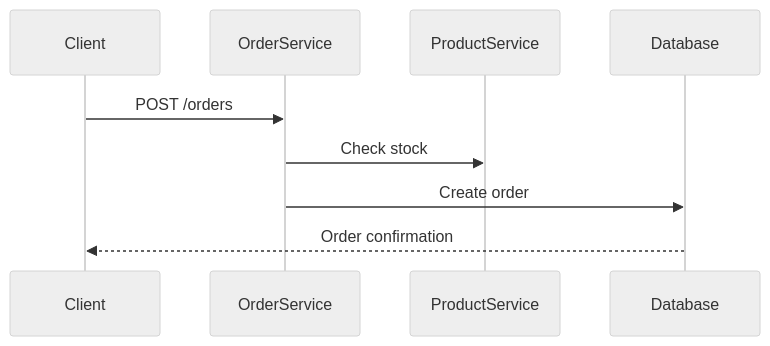
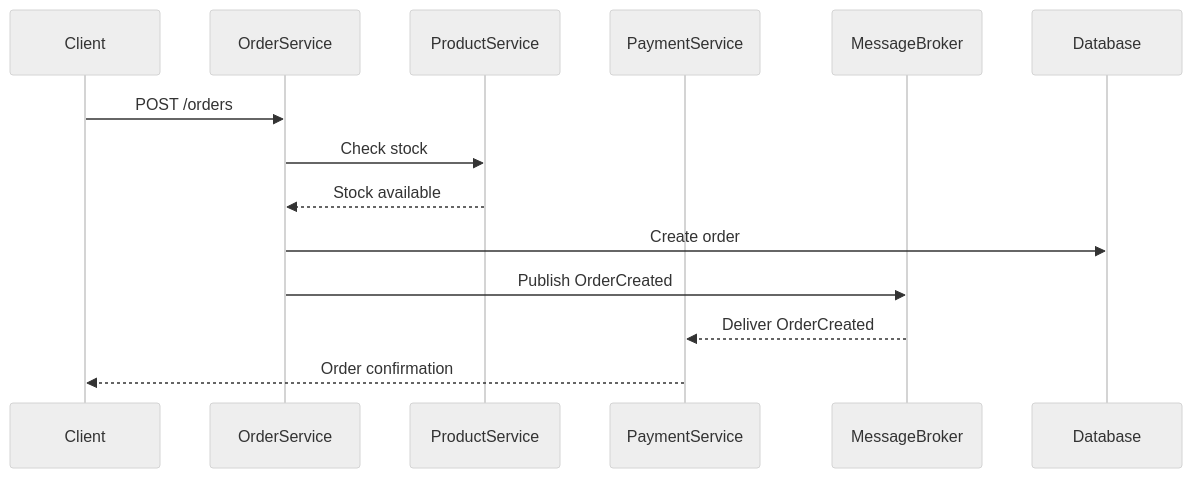
The fifth of 5 diagrams in README.md (flemming-n-larsen/architecture-as-code-example), drawn with Mermaid (neutral theme) before and after one commit. The commit also changed other lines of this file and 32 other files, not shown here.

Commit message:
feat: add AI agent instructions, domain models, and C4 diagrams for e-commerce architecture

````diff
--- a/README.md
+++ b/README.md
@@ -277,12 +549,15 @@
 ```mermaid
 sequenceDiagram
     participant Client
     participant OrderService
     participant ProductService
-    participant Database
-    
+    participant PaymentService
+    participant MessageBroker
     Client ->> OrderService: POST /orders
     OrderService ->> ProductService: Check stock
+    ProductService -->> OrderService: Stock available
     OrderService ->> Database: Create order
-    Database -->> Client: Order confirmation
+    OrderService ->> MessageBroker: Publish OrderCreated
+    MessageBroker -->> PaymentService: Deliver OrderCreated
+    PaymentService -->> Client: Order confirmation
 ```
````
